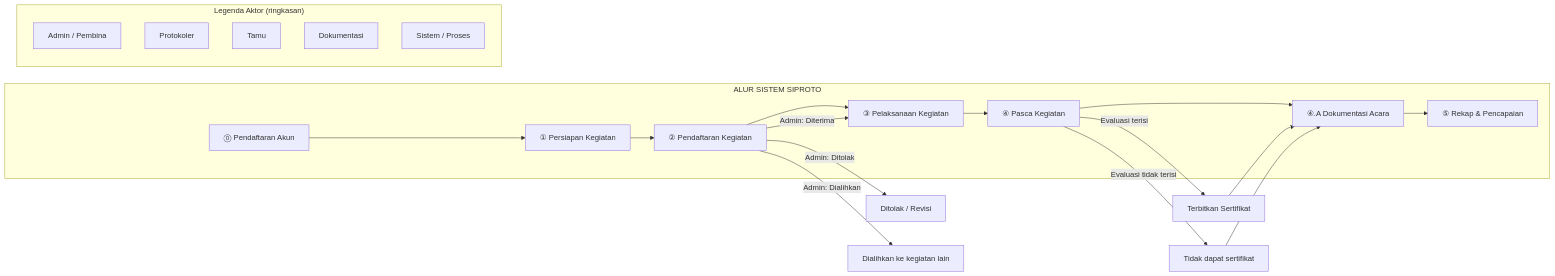
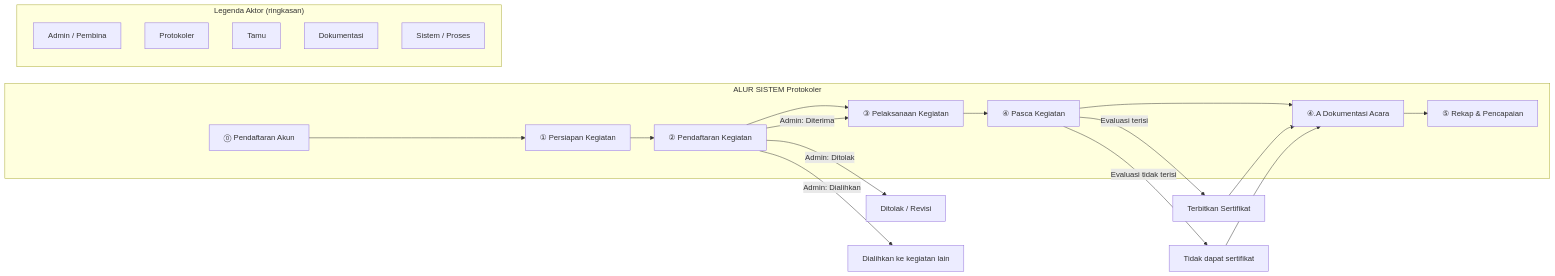
The first of 2 diagrams in docs/SiProto_Alur_Sistem.md (DanuZen/protokoler), drawn with Mermaid before and after one commit. The commit also changed other lines of this file and 8 other files, not shown here.

````diff
--- a/docs/SiProto_Alur_Sistem.md
+++ b/docs/SiProto_Alur_Sistem.md
@@ -34,30 +34,30 @@
 ```mermaid
 flowchart LR
-   subgraph ALUR_SIPROTO["ALUR SISTEM SIPROTO"]
+   subgraph ALUR_Protokoler["ALUR SISTEM Protokoler"]
       A["⓪ Pendaftaran Akun"] --> B["① Persiapan Kegiatan"]
       B --> C["② Pendaftaran Kegiatan"]
       C --> D["③ Pelaksanaan Kegiatan"]
       D --> E["④ Pasca Kegiatan"]
       E --> EA["④.A Dokumentasi Acara"]
       EA --> F["⑤ Rekap & Pencapaian"]
    end
 
    %% Cabang seleksi pendaftaran
    C -->|Admin: Diterima| D
    C -->|Admin: Ditolak| X["Ditolak / Revisi"]
    C -->|Admin: Dialihkan| Y["Dialihkan ke kegiatan lain"]
 
    %% Alur pasca kegiatan
    E -->|Evaluasi terisi| G["Terbitkan Sertifikat"]
    E -->|Evaluasi tidak terisi| H["Tidak dapat sertifikat"]
    G --> EA
    H --> EA
 
    subgraph LEGEND["Legenda Aktor (ringkasan)"]
       L1["Admin / Pembina"]
       L2["Protokoler"]
       L3["Tamu"]
       L4["Dokumentasi"]
       L5["Sistem / Proses"]
    end
 ```
````
